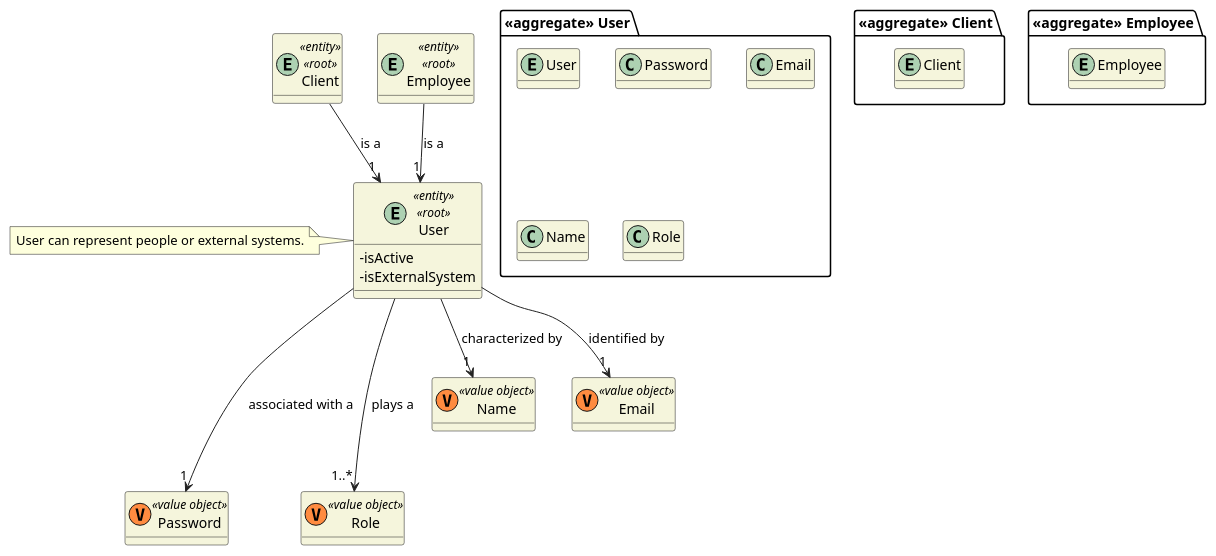
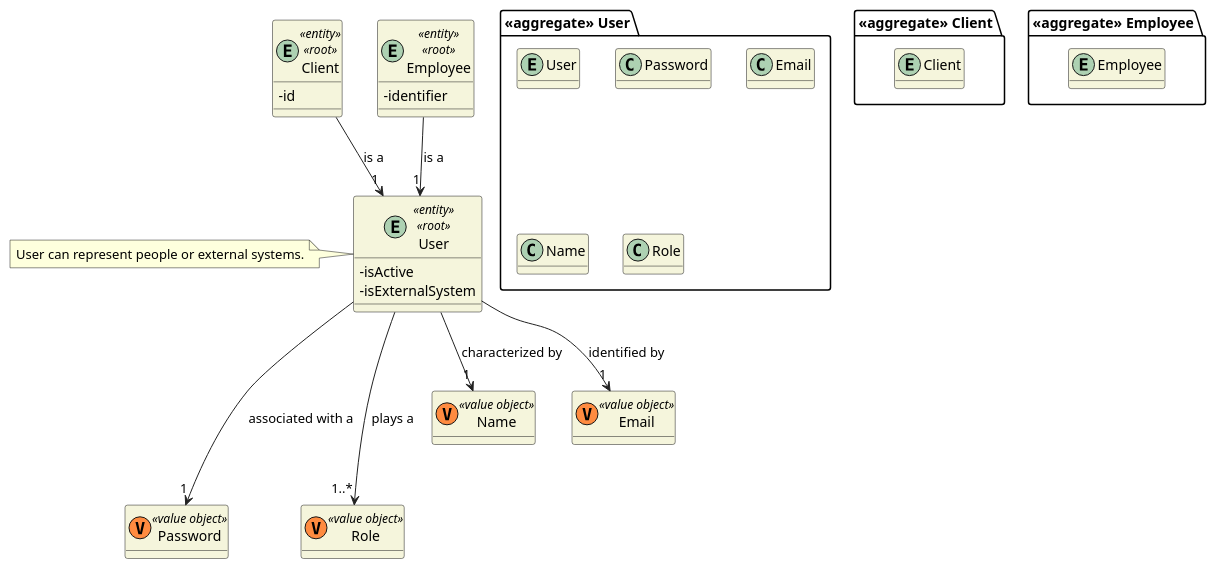
Before and after one commit to 0franciscor/lei21_22_s4_2de_01: the diagram in docs/DM/DM_User.puml, drawn with PlantUML. The commit also changed 9 other files, not shown here.

```diff
--- a/docs/DM/DM_User.puml
+++ b/docs/DM/DM_User.puml
@@ -1,56 +1,56 @@
 @startuml
 'https://plantuml.com/class-diagram
 
 skinparam classAttributeIconSize 0
 hide empty attributes
 skinparam classBackgroundColor beige
 skinparam ArrowColor #222222
 
 
 package "<<aggregate>> User" {
     entity User
     class Password
     class Email
     class Name
     class Role
 }
 
 entity User <<entity>> <<root>> {
     - isActive
     - isExternalSystem
 
 }
 
 entity User
 note left: User can represent people or external systems.
 
 class Password <<(V,#FF8B40) value object>> {}
 class Role <<(V,#FF8B40) value object>> {}
 class Name <<(V,#FF8B40) value object>> {}
 class Email <<(V,#FF8B40) value object>> {}
 
 User ---> "1" Password : associated with a
 User --> "1" Name : characterized by
 User --> "1" Email : identified by
 User ---> "1..*" Role : plays a
 
 package "<<aggregate>> Client" {
     entity Client
 }
 
 entity Client <<entity>> <<root>> {
-
+    -id
 }
 
 package "<<aggregate>> Employee" {
     entity Employee
 }
 
 entity Employee <<entity>> <<root>> {
-
+    -identifier
 }
 
 Client --> "1" User : is a
 Employee --> "1" User : is a
 
 @enduml
```
